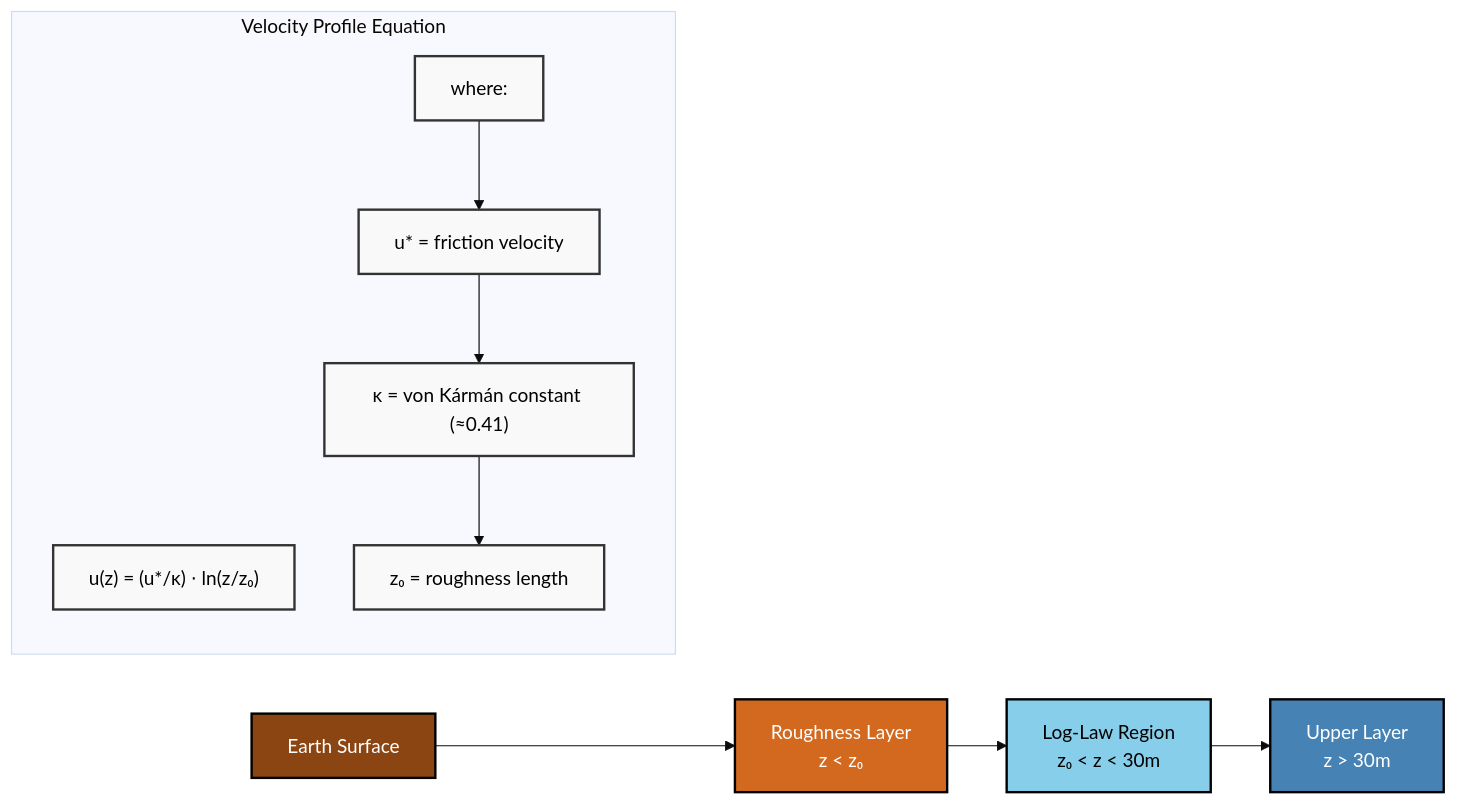
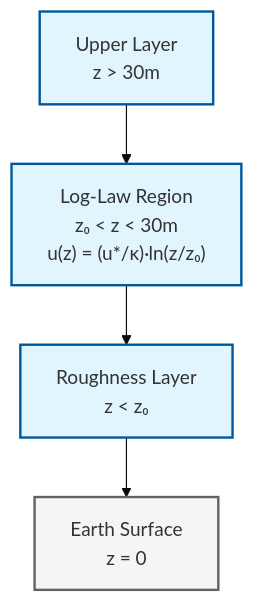
One commit to wramet/build-my-cfd changed the second of 5 diagrams in MODULE_01_CFD_FUNDAMENTALS/CONTENT/01_GOVERNING_EQUATIONS/06_Boundary_Conditions.md. Above: the diagram before and after it, drawn with Mermaid (base theme). The commit also changed other lines of this file and 313 other files, not shown here.

Commit message:
Revise all diagram

````diff
--- a/MODULE_01_CFD_FUNDAMENTALS/CONTENT/01_GOVERNING_EQUATIONS/06_Boundary_Conditions.md
+++ b/MODULE_01_CFD_FUNDAMENTALS/CONTENT/01_GOVERNING_EQUATIONS/06_Boundary_Conditions.md
@@ -298,22 +290,14 @@
 ```mermaid
-graph LR
-    A["Earth Surface"] --> B["Roughness Layer<br/>z < z₀"]
-    B --> C["Log-Law Region<br/>z₀ < z < 30m"]
-    C --> D["Upper Layer<br/>z > 30m"]
+graph TD
+classDef implicit fill:#e1f5fe,stroke:#01579b,stroke-width:2px
+classDef explicit fill:#ffccbc,stroke:#bf360c,stroke-width:2px
+classDef context fill:#f5f5f5,stroke:#616161,stroke-width:2px
+Layer3["Upper Layer<br/>z > 30m"]:::implicit
+Layer2["Log-Law Region<br/>z₀ < z < 30m<br/>u(z) = (u*/κ)·ln(z/z₀)"]:::implicit
+Layer1["Roughness Layer<br/>z < z₀"]:::implicit
+Ground["Earth Surface<br/>z = 0"]:::context
 
-    style A fill:#8B4513,stroke:#000,stroke-width:2px,color:#FFF
-    style B fill:#D2691E,stroke:#000,stroke-width:2px,color:#FFF
-    style C fill:#87CEEB,stroke:#000,stroke-width:2px,color:#000
-    style D fill:#4682B4,stroke:#000,stroke-width:2px,color:#FFF
-
-    classDef default fill:#f9f9f9,stroke:#333,stroke-width:2px,color:#000;
-
-    subgraph "Velocity Profile Equation"
-        E["u(z) = (u*/κ) ⋅ ln(z/z₀)"]
-        F["where:"]
-        G["u* = friction velocity"]
-        H["κ = von Kármán constant (≈0.41)"]
-        I["z₀ = roughness length"]
-        F --> G --> H --> I
-    end
+Layer3 --> Layer2
+Layer2 --> Layer1
+Layer1 --> Ground
 ```
````
